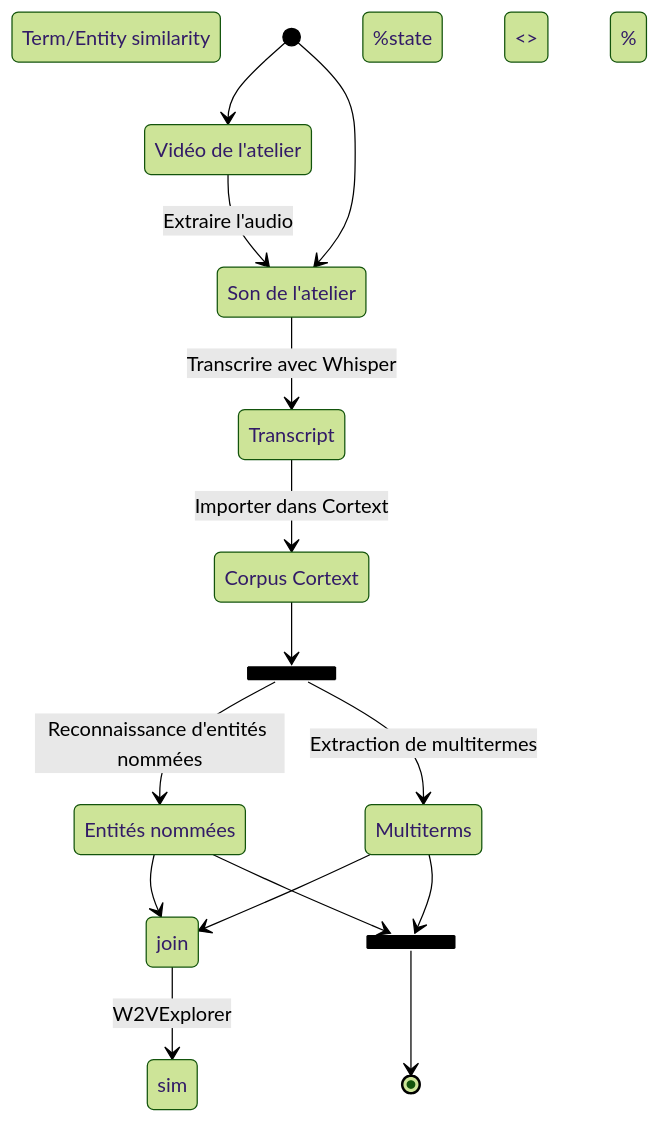
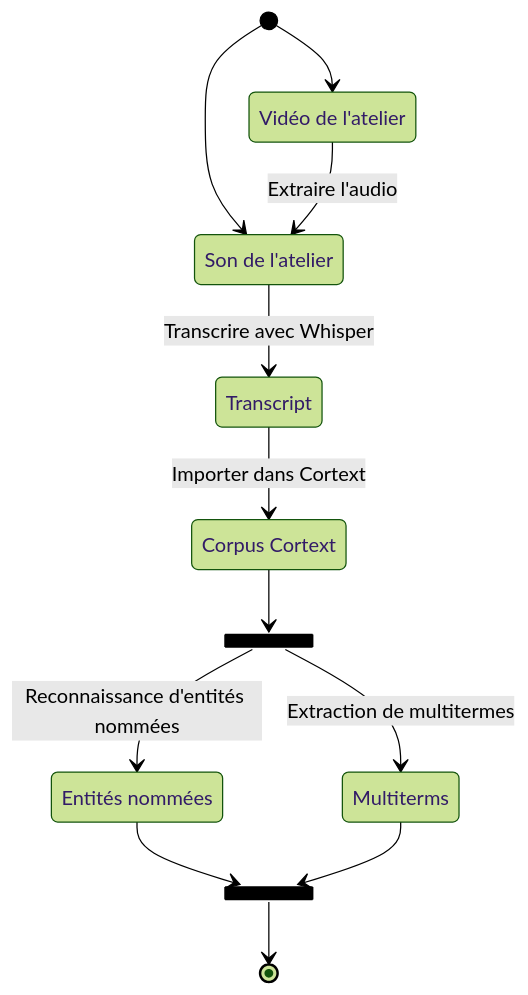
Before and after one commit to VCityTeam/PEPR-VDBI: the diagram in data-visualization/src/pages/reports/js-2025-workshop-analysis-fr.md, drawn with Mermaid (forest theme). The commit also changed 2 other files, not shown here.

Commit message:
flip vdbi colors back

````diff
--- a/data-visualization/src/pages/reports/js-2025-workshop-analysis-fr.md
+++ b/data-visualization/src/pages/reports/js-2025-workshop-analysis-fr.md
@@ -133,32 +133,32 @@
 ```mermaid
 stateDiagram-v2
 
   %%direction LR
 
   video     : Vidéo de l'atelier
   audio     : Son de l'atelier
   corpus    : Corpus Cortext
   entities  : Entités nommées
-  %sim       : Term/Entity similarity
+  %% sim       : Term/Entity similarity
 
   [*] --> video
   [*] --> audio
   video --> audio       : Extraire l'audio
   audio --> Transcript  : Transcrire avec Whisper
   Transcript --> corpus         : Importer dans Cortext
 
   state fork2 <<fork>>
     corpus --> fork2
     fork2 --> entities    : Reconnaissance d'entités nommées
     fork2 --> Multiterms  : Extraction de multitermes
 
-  %state join <<join>>
-  %  Multiterms --> join
-  %  entities --> join
-  %  join --> sim : W2VExplorer
+  %% state join <<join>>
+  %%   Multiterms --> join
+  %%   entities --> join
+  %%   join --> sim : W2VExplorer
 
   state join2 <<join>>
     entities --> join2
     Multiterms --> join2
     join2 --> [*]
 ```
````
